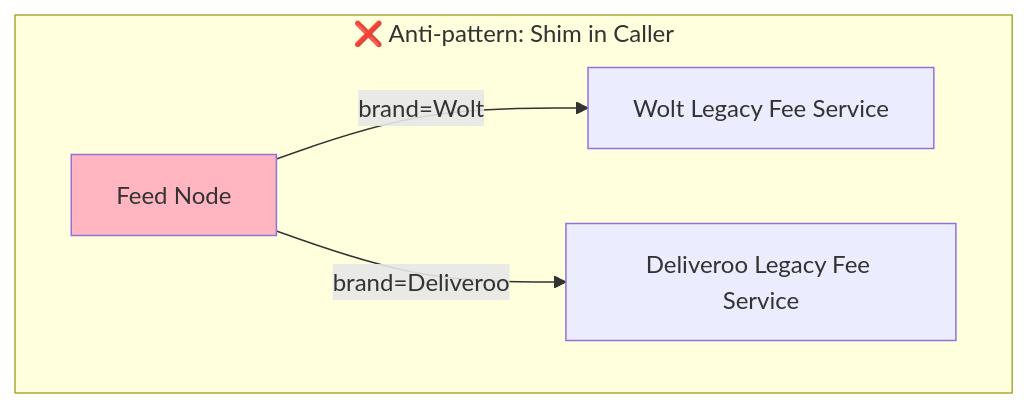
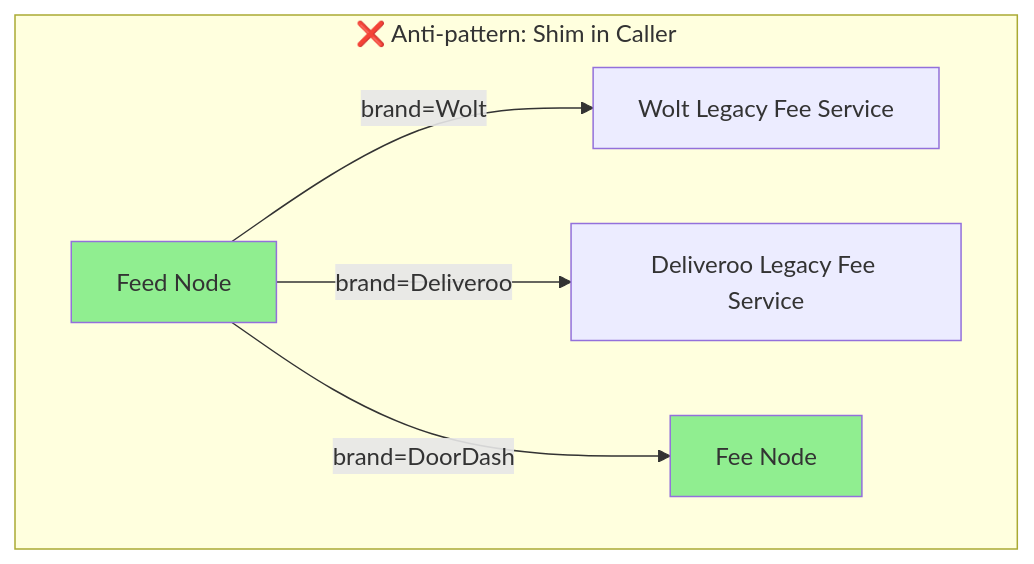
Before and after one commit to zhengli-sun/docs: the first of 3 diagrams in shim/shim-design-principles.md, drawn with Mermaid. The commit also changed other lines of this file, not shown here.

````diff
--- a/shim/shim-design-principles.md
+++ b/shim/shim-design-principles.md
@@ -48,9 +48,11 @@
 ```mermaid
 flowchart TB
     subgraph "❌ Anti-pattern: Shim in Caller"
         F1[Feed Node] -->|"brand=Wolt"| DD1[Wolt Legacy Fee Service]
         F1 -->|"brand=Deliveroo"| W1[Deliveroo Legacy Fee Service]
+        F1 -->|"brand=DoorDash"| P1[Fee Node]
         
-        style F1 fill:#FFB6C1
+        style F1 fill:#90EE90
+        style P1 fill:#90EE90
     end
 ```
````
